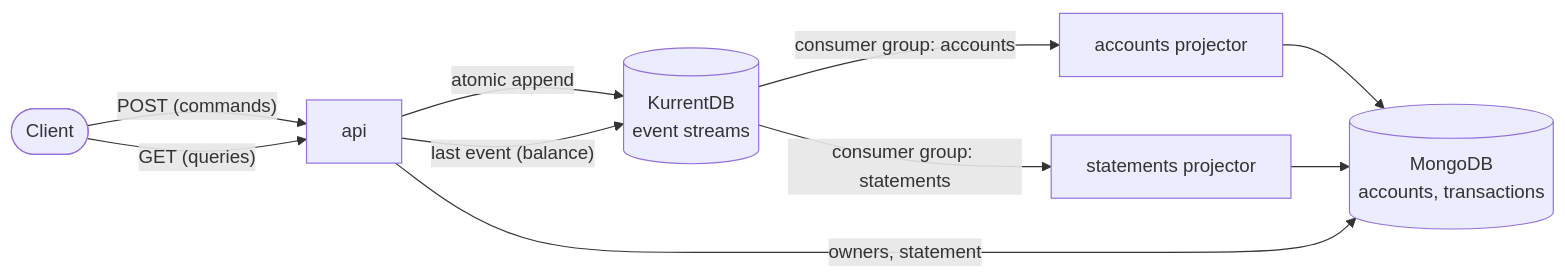
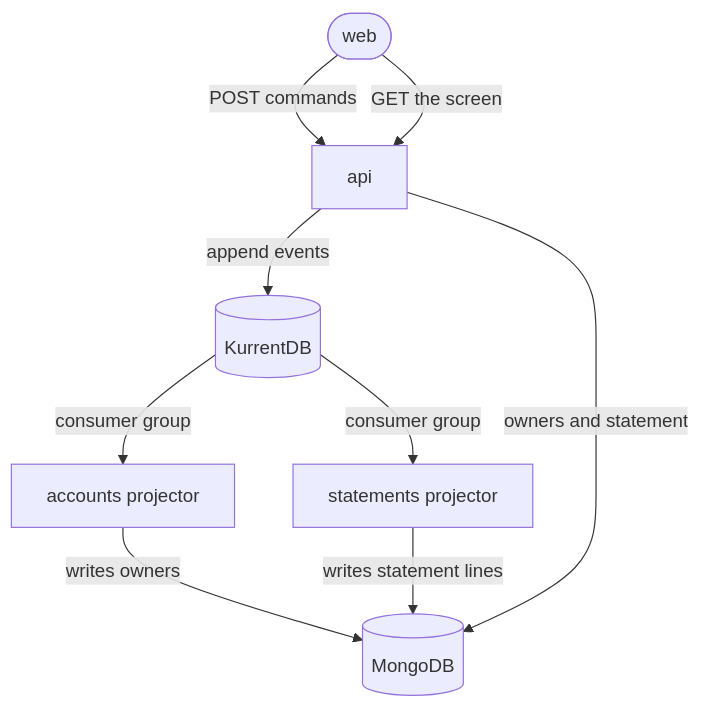
The diagram in README.md (gianluca-pettenon/idempotent-ledger), drawn with Mermaid before and after one commit.

````diff
--- a/README.md
+++ b/README.md
@@ -7,19 +7,18 @@
 ```mermaid
-flowchart LR
-    client([Client])
-    api["api"]
-    kurrent[("KurrentDB<br/>event streams")]
-    accounts["accounts projector"]
-    statements["statements projector"]
-    mongo[("MongoDB<br/>accounts, transactions")]
+flowchart TB
+    web([web])
+    api[api]
+    kurrent[(KurrentDB)]
+    accounts[accounts projector]
+    statements[statements projector]
+    mongo[(MongoDB)]
 
-    client -- "POST (commands)" --> api
-    api -- "atomic append" --> kurrent
-    kurrent -- "consumer group: accounts" --> accounts
-    kurrent -- "consumer group: statements" --> statements
-    accounts --> mongo
-    statements --> mongo
-    client -- "GET (queries)" --> api
-    api -- "last event (balance)" --> kurrent
-    api -- "owners, statement" --> mongo
+    web -- "POST commands" --> api
+    api -- "append events" --> kurrent
+    kurrent -- "consumer group" --> accounts
+    kurrent -- "consumer group" --> statements
+    accounts -- "writes owners" --> mongo
+    statements -- "writes statement lines" --> mongo
+    web -- "GET the screen" --> api
+    api -- "owners and statement" --> mongo
 ```
````
